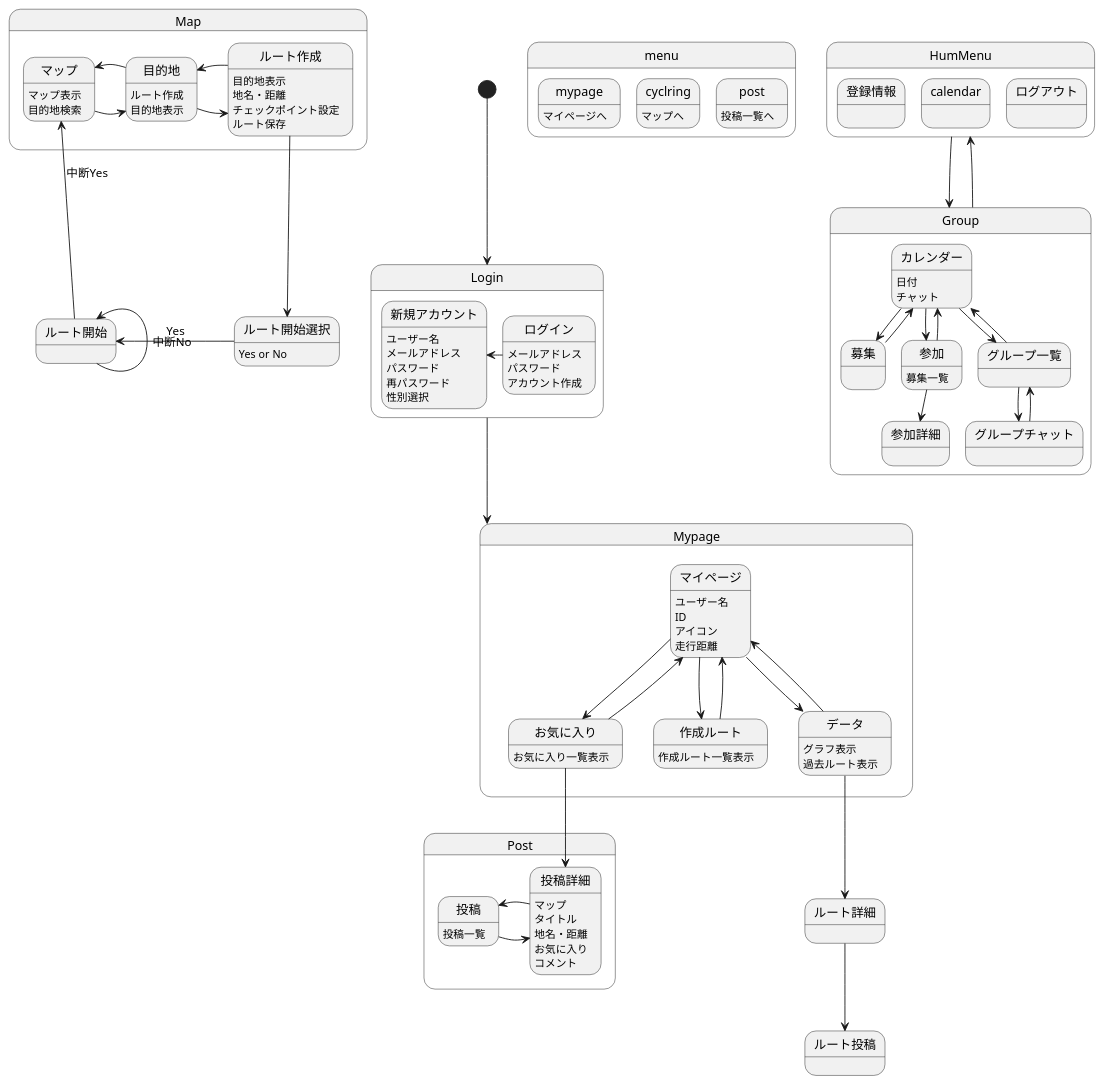
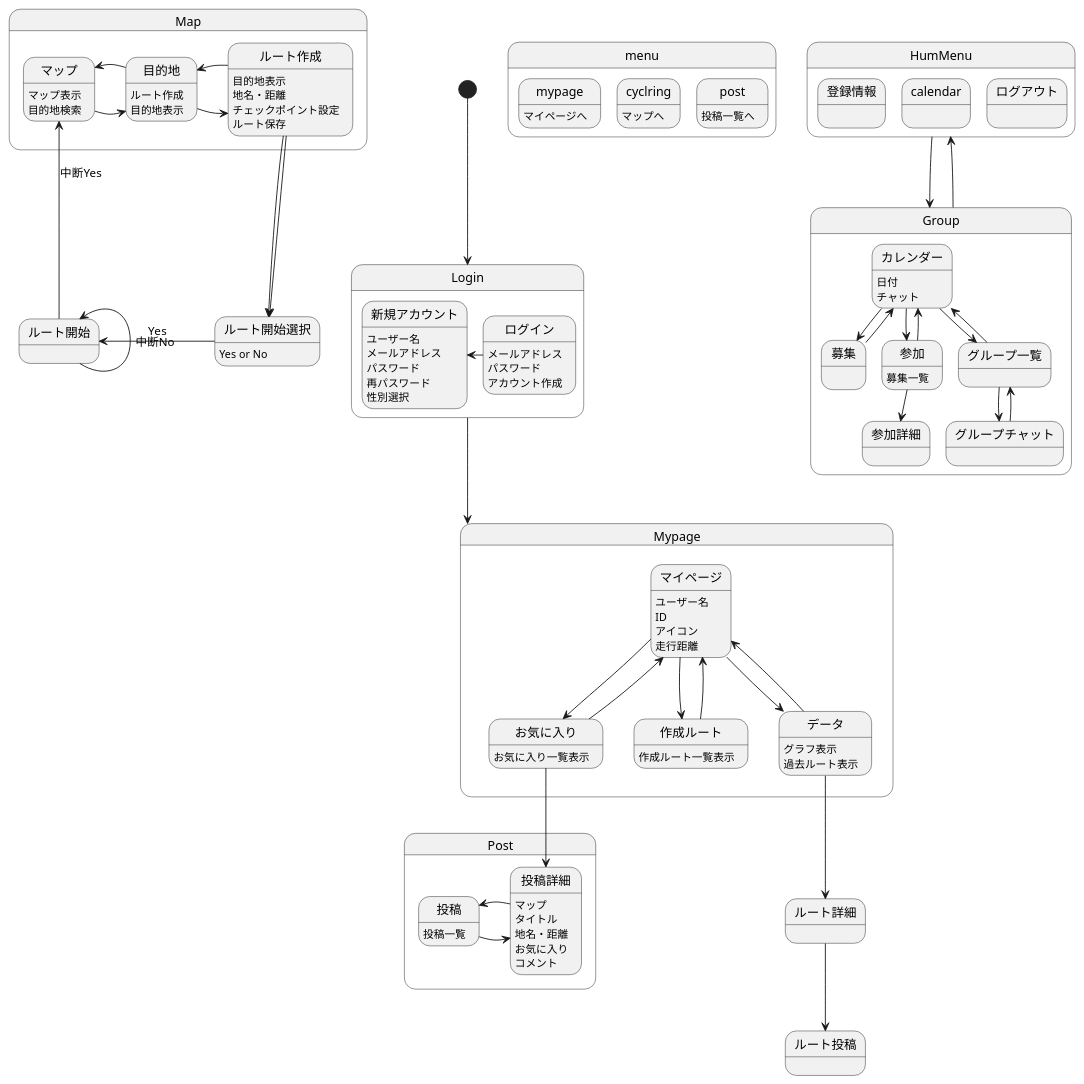
The diagram in 画面遷移図/gm.md (AsoSD3A3/CyclingSystem), drawn with PlantUML before and after one commit.

```diff
--- a/画面遷移図/gm.md
+++ b/画面遷移図/gm.md
@@ -85,9 +85,9 @@
 ルート作成-down->ルート開始選択
 ルート開始選択:Yes or No
 ルート開始選択-left->ルート開始 :Yes
-
 ルート開始-up->ルート開始 :中断No
 ルート開始-up->マップ :中断Yes
+ルート作成-left->ルート開始選択
 
 state Post{
 投稿:投稿一覧
```
